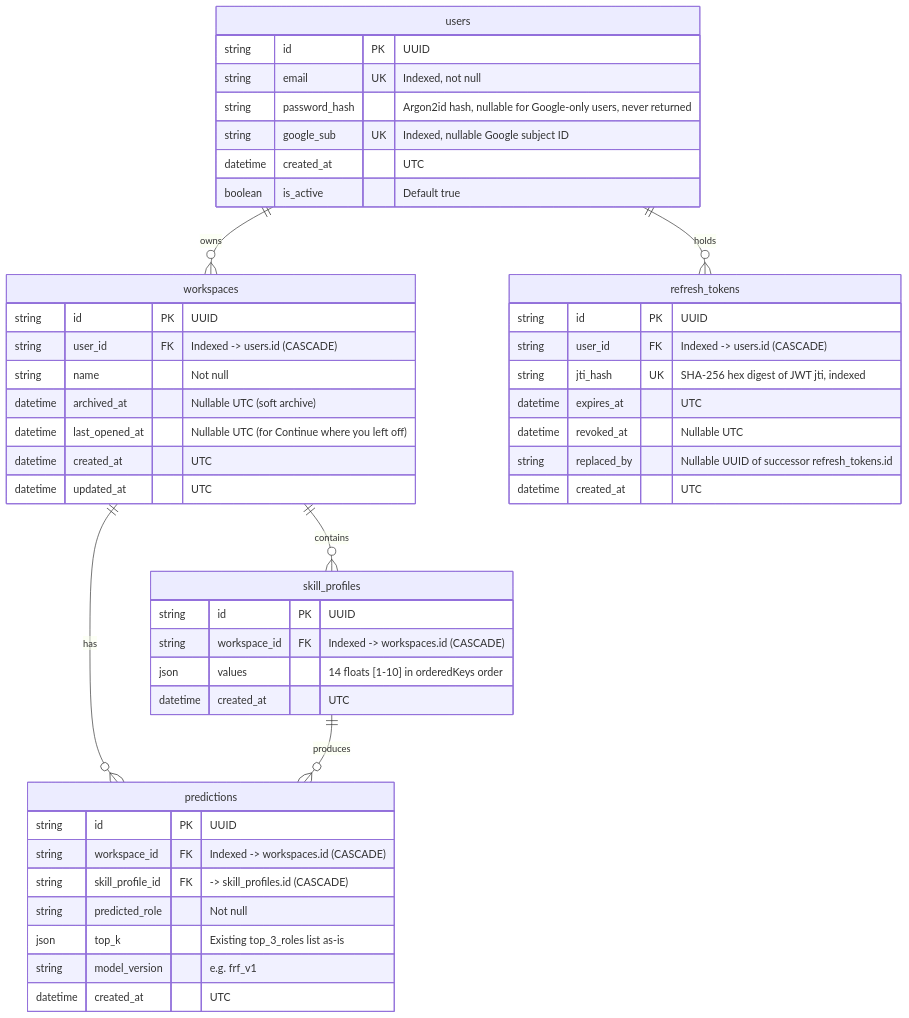
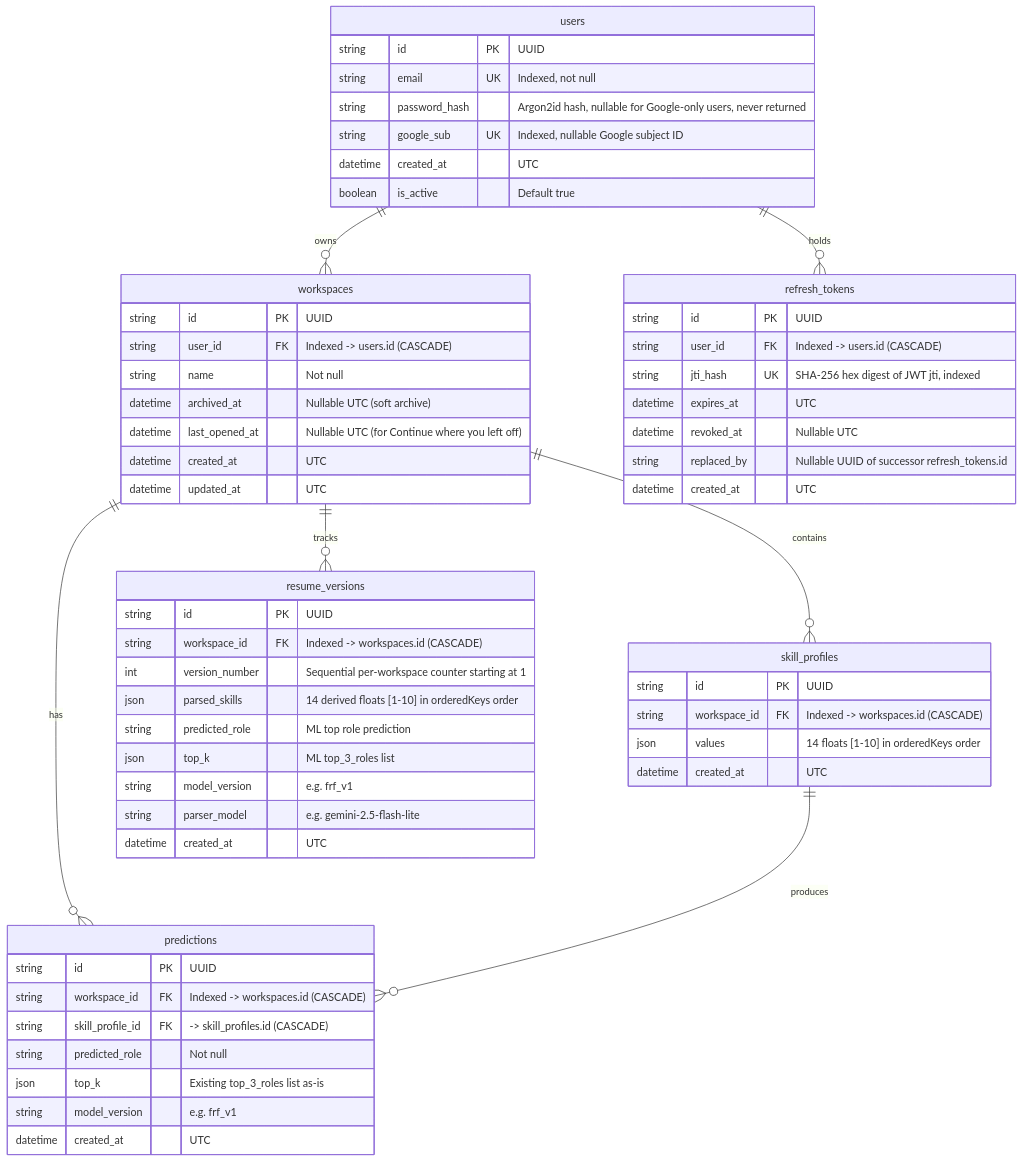
One commit to TANISH-88/career-platform changed the diagram in docs/p1/design.md. Above: the diagram before and after it, drawn with Mermaid. The commit also changed other lines of this file and 18 other files, not shown here.

Commit message:
feat(p1): implement Part B2 CP21 resume version management, session fixes, and browser evidence

````diff
--- a/docs/p1/design.md
+++ b/docs/p1/design.md
@@ -15,54 +14,67 @@
 ```mermaid
 erDiagram
     users ||--o{ workspaces : owns
     users ||--o{ refresh_tokens : holds
     workspaces ||--o{ skill_profiles : contains
     workspaces ||--o{ predictions : has
+    workspaces ||--o{ resume_versions : tracks
     skill_profiles ||--o{ predictions : produces
 
     users {
         string id PK "UUID"
         string email UK "Indexed, not null"
         string password_hash "Argon2id hash, nullable for Google-only users, never returned"
         string google_sub UK "Indexed, nullable Google subject ID"
         datetime created_at "UTC"
         boolean is_active "Default true"
     }
 
     refresh_tokens {
         string id PK "UUID"
         string user_id FK "Indexed -> users.id (CASCADE)"
         string jti_hash UK "SHA-256 hex digest of JWT jti, indexed"
         datetime expires_at "UTC"
         datetime revoked_at "Nullable UTC"
         string replaced_by "Nullable UUID of successor refresh_tokens.id"
         datetime created_at "UTC"
     }
 
     workspaces {
         string id PK "UUID"
         string user_id FK "Indexed -> users.id (CASCADE)"
         string name "Not null"
         datetime archived_at "Nullable UTC (soft archive)"
         datetime last_opened_at "Nullable UTC (for Continue where you left off)"
         datetime created_at "UTC"
         datetime updated_at "UTC"
     }
 
     skill_profiles {
         string id PK "UUID"
         string workspace_id FK "Indexed -> workspaces.id (CASCADE)"
         json values "14 floats [1-10] in orderedKeys order"
         datetime created_at "UTC"
     }
 
     predictions {
         string id PK "UUID"
         string workspace_id FK "Indexed -> workspaces.id (CASCADE)"
         string skill_profile_id FK "-> skill_profiles.id (CASCADE)"
         string predicted_role "Not null"
         json top_k "Existing top_3_roles list as-is"
         string model_version "e.g. frf_v1"
         datetime created_at "UTC"
     }
+
+    resume_versions {
+        string id PK "UUID"
+        string workspace_id FK "Indexed -> workspaces.id (CASCADE)"
+        int version_number "Sequential per-workspace counter starting at 1"
+        json parsed_skills "14 derived floats [1-10] in orderedKeys order"
+        string predicted_role "ML top role prediction"
+        json top_k "ML top_3_roles list"
+        string model_version "e.g. frf_v1"
+        string parser_model "e.g. gemini-2.5-flash-lite"
+        datetime created_at "UTC"
+    }
 ```
````
